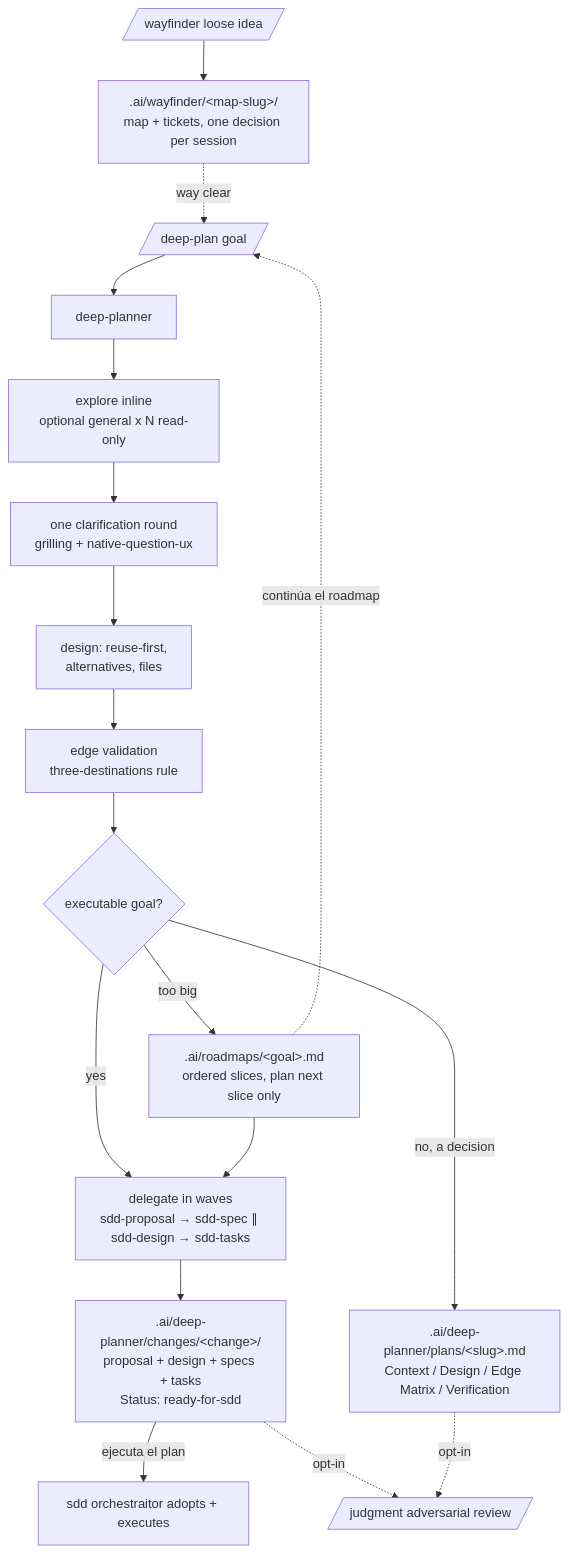
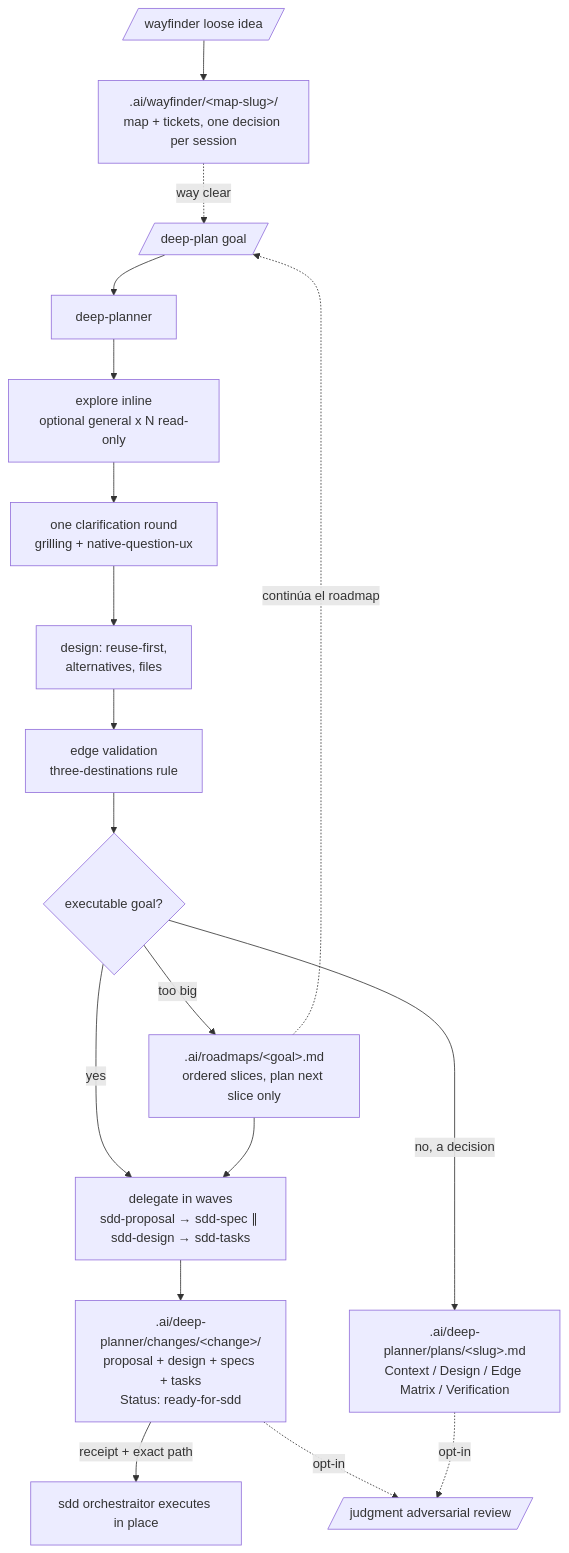
One commit to andresnator/agents-orchestrator changed the diagram in domains/plan/README.md. Above: the diagram before and after it, drawn with Mermaid. The commit also changed other lines of this file and 10 other files, not shown here.

````diff
--- a/domains/plan/README.md
+++ b/domains/plan/README.md
@@ -27,20 +27,20 @@
 ```mermaid
 graph TD
   wf[/wayfinder loose idea/] --> map[".ai/wayfinder/&lt;map-slug&gt;/<br/>map + tickets, one decision per session"]
   map -.->|way clear| cmd
   cmd[/deep-plan goal/] --> architect[deep-planner]
   architect --> explore[explore inline<br/>optional general x N read-only]
   explore --> clarify[one clarification round<br/>grilling + native-question-ux]
   clarify --> design[design: reuse-first,<br/>alternatives, files]
   design --> edges[edge validation<br/>three-destinations rule]
   edges --> shape{executable goal?}
   shape -->|yes| waves[delegate in waves<br/>sdd-proposal → sdd-spec ∥ sdd-design → sdd-tasks]
   shape -->|too big| roadmap[".ai/roadmaps/&lt;goal&gt;.md<br/>ordered slices, plan next slice only"]
   roadmap --> waves
   roadmap -.->|continúa el roadmap| cmd
   waves --> bundle[".ai/deep-planner/changes/&lt;change&gt;/<br/>proposal + design + specs + tasks<br/>Status: ready-for-sdd"]
-  bundle -->|ejecuta el plan| orchestraitor[sdd orchestraitor adopts + executes]
+  bundle -->|receipt + exact path| orchestraitor[sdd orchestraitor executes in place]
   shape -->|no, a decision| plan[".ai/deep-planner/plans/&lt;slug&gt;.md<br/>Context / Design / Edge Matrix / Verification"]
   bundle -.->|opt-in| judgment[/judgment adversarial review/]
   plan -.->|opt-in| judgment
 ```
````
